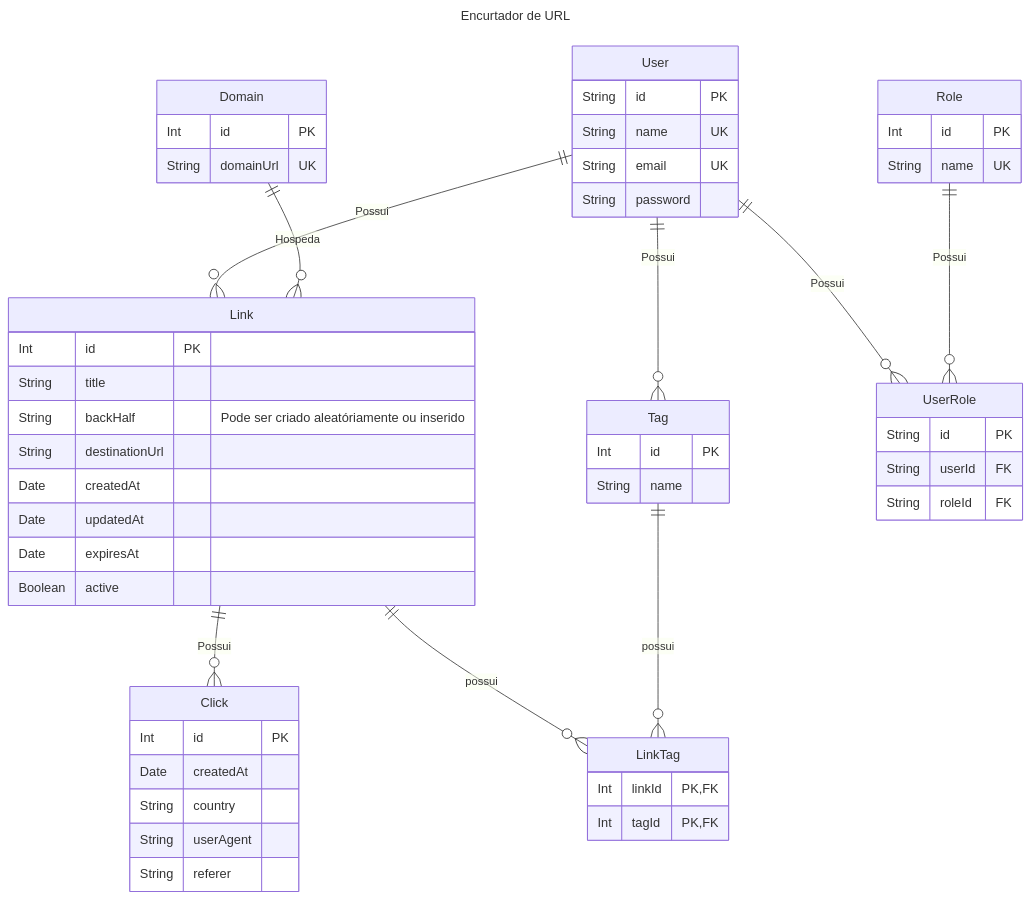
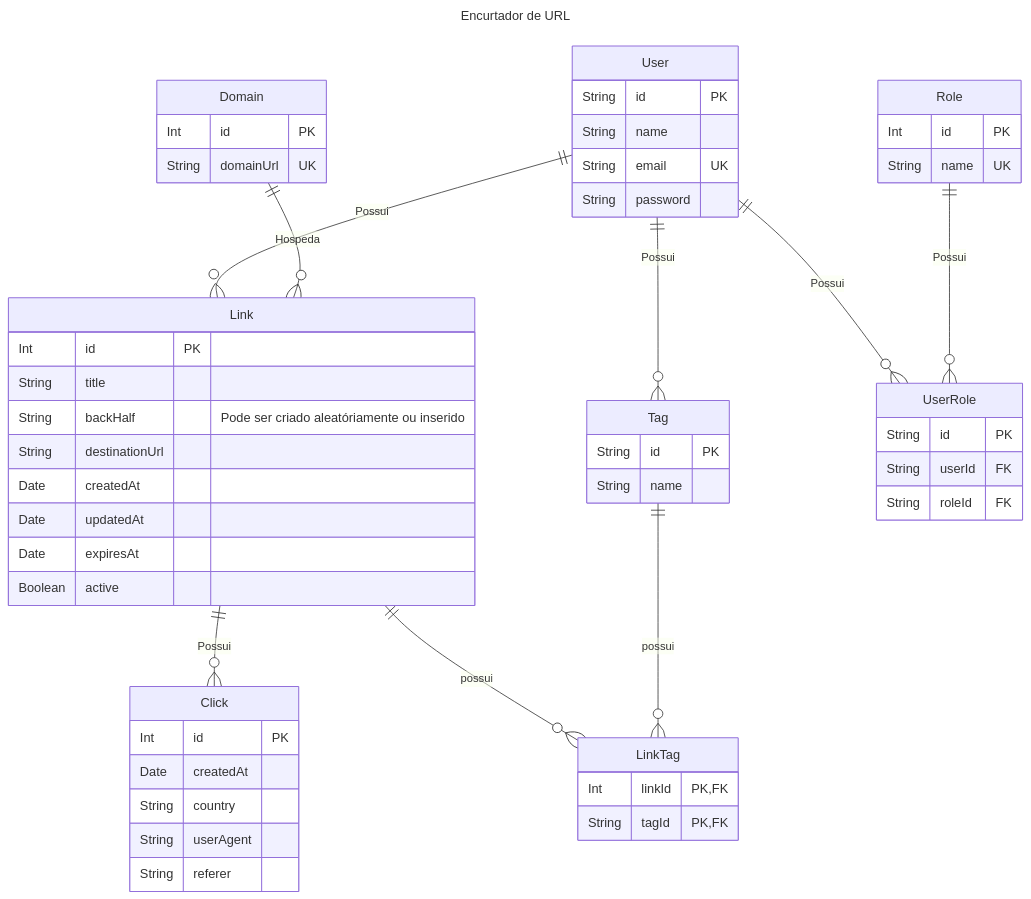
Before and after one commit to WillianSilva51/Linkr: the diagram in linkr-api/README.md, drawn with Mermaid. The commit also changed 17 other files, not shown here.

````diff
--- a/linkr-api/README.md
+++ b/linkr-api/README.md
@@ -3,71 +3,71 @@
 ```mermaid
 ---
 title: Encurtador de URL
 ---
 
 erDiagram
     direction TB
 
     User ||--o{ Link: Possui
     Domain ||--o{ Link: Hospeda
     Link ||--o{ Click: Possui
     Link ||--o{ LinkTag: possui
     Tag ||--o{ LinkTag: possui
     User ||--o{ UserRole: Possui
     Role ||--o{ UserRole: Possui
     User ||--o{ Tag: Possui
 
     User {
         String id PK
-        String name UK
+        String name
         String email UK
         String password
     }
 
     Role {
         Int id PK
         String name UK
     }
 
     UserRole {
         String id PK
         String userId FK
         String roleId FK
     }
 
     Link {
         Int id PK
         String title
         String backHalf "Pode ser criado aleatóriamente ou inserido"
         String destinationUrl
         Date createdAt
         Date updatedAt
         Date expiresAt
         Boolean active
     }
 %% Constraint: UNIQUE(domainId, backHalf)
 
     Domain {
         Int id PK
         String domainUrl UK
     }
 
     Tag {
-        Int id PK
+        String id PK
         String name
     }
-    %% Constraint: UNIQUE(userId, name)
+%% Constraint: UNIQUE(userId, name)
 
     LinkTag {
         Int linkId PK, FK
-        Int tagId PK, FK
+        String tagId PK, FK
     }
 
     Click {
         Int id PK
         Date createdAt
         String country
         String userAgent
         String referer
     }
 ```
````
